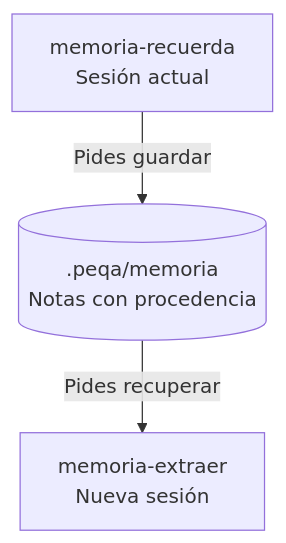
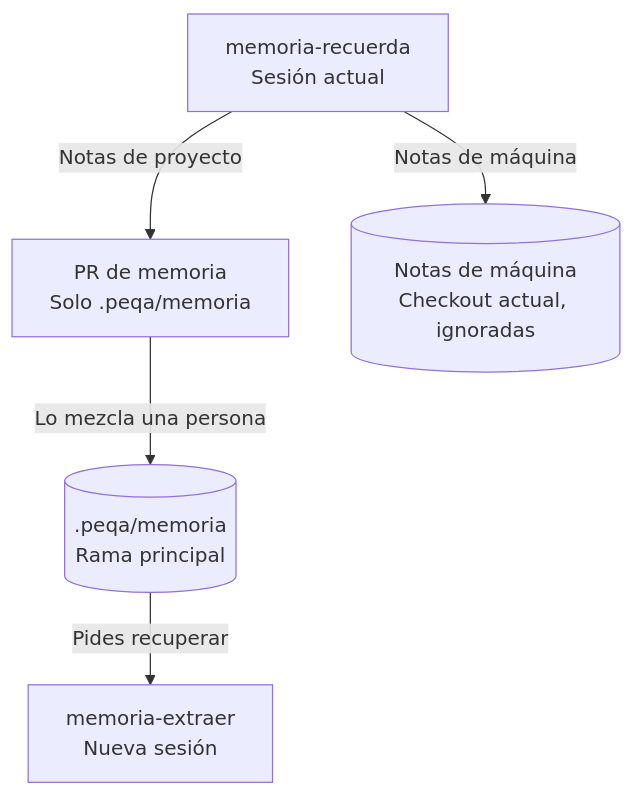
One commit to peqa-ai/peqa-workflows changed the fourth of 5 diagrams in README.md. Above: the diagram before and after it, drawn with Mermaid. The commit also changed other lines of this file and 7 other files, not shown here.

First line of the commit message:
feat(memoria-recuerda): open a PR with project notes when saving

````diff
--- a/README.md
+++ b/README.md
@@ -114,12 +114,16 @@
 ```mermaid
 flowchart TD
     accTitle: Memoria del proyecto entre dos sesiones
-    accDescr: A petición del usuario, memoria-recuerda guarda notas con procedencia en el proyecto. En otra sesión, memoria-extraer consulta ese almacén y devuelve notas y fuentes sin modificarlas.
+    accDescr: A petición del usuario, memoria-recuerda guarda las notas de proyecto en un PR propio desde la rama principal y las de máquina en el checkout actual. Cuando una persona mezcla el PR, las notas llegan al almacén de la rama principal, que memoria-extraer consulta en otra sesión sin modificarlo.
 
     actual["memoria-recuerda<br/>Sesión actual"]
-    memoria[(".peqa/memoria<br/>Notas con procedencia")]
+    pr["PR de memoria<br/>Solo .peqa/memoria"]
+    local[("Notas de máquina<br/>Checkout actual, ignoradas")]
+    memoria[(".peqa/memoria<br/>Rama principal")]
     nueva["memoria-extraer<br/>Nueva sesión"]
 
-    actual -->|Pides guardar| memoria
+    actual -->|Notas de proyecto| pr
+    actual -->|Notas de máquina| local
+    pr -->|Lo mezcla una persona| memoria
     memoria -->|Pides recuperar| nueva
 ```
````
